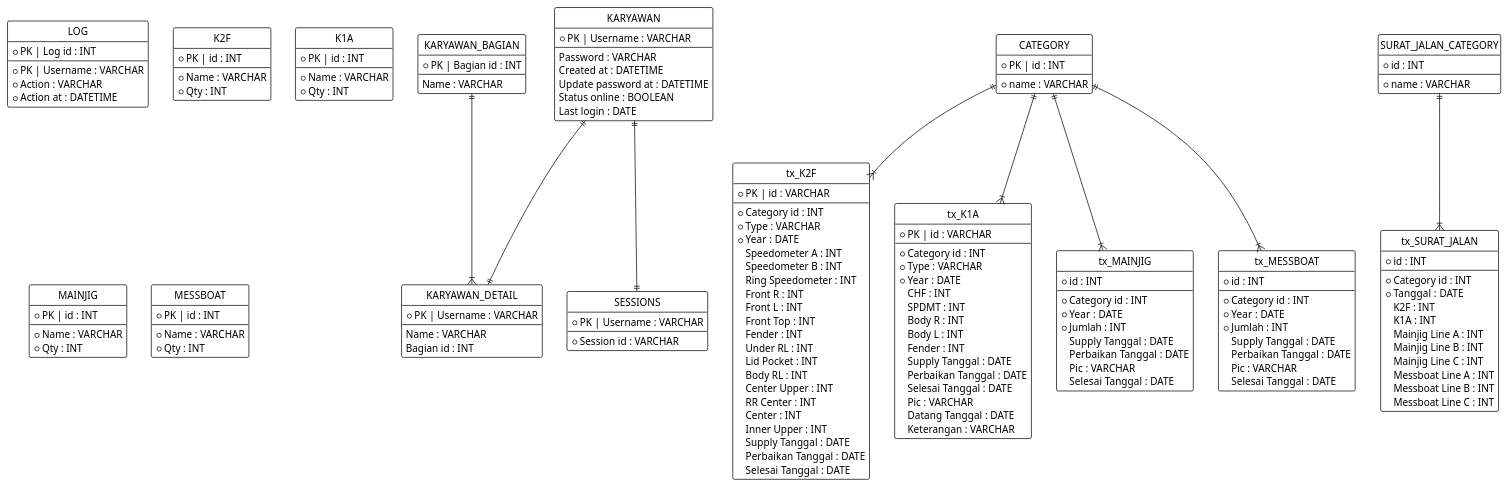
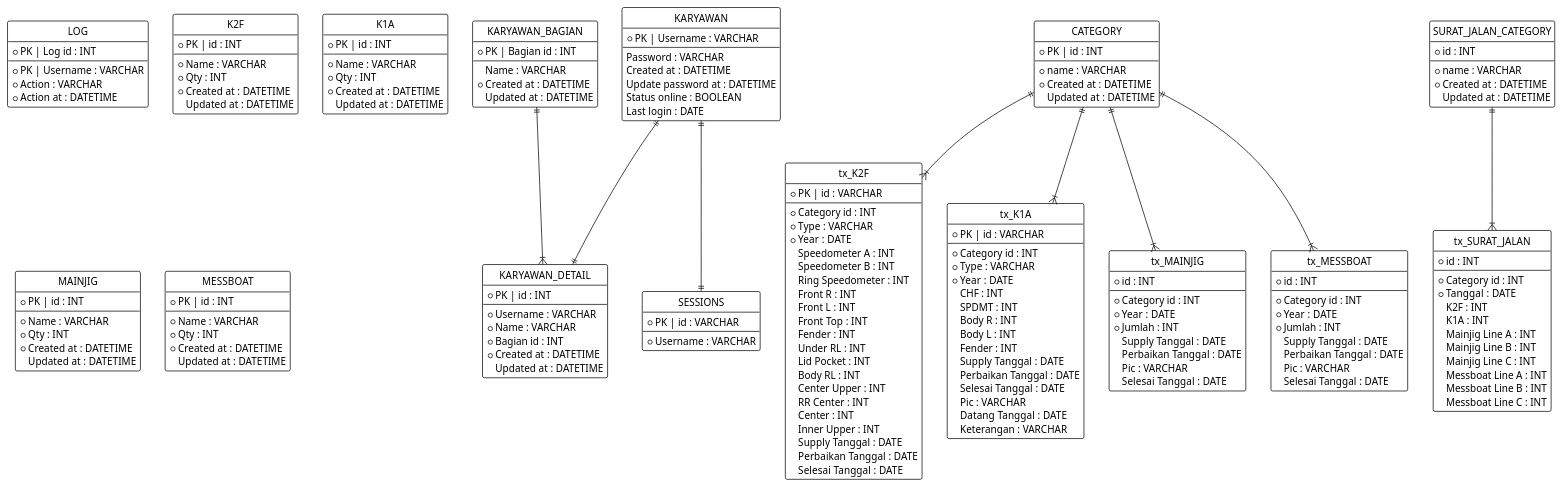
Before and after one commit to marlisumarli/hanger-scheduling: the diagram in Diagrams/ERD.puml, drawn with PlantUML. The commit also changed 1 other file, not shown here.

Commit message:
Update database and UML

```diff
--- a/Diagrams/ERD.puml
+++ b/Diagrams/ERD.puml
@@ -1,177 +1,194 @@
 @startuml
 
 hide circle
 !theme plain
 
 entity KARYAWAN{
 * PK | Username : VARCHAR
 --
 Password : VARCHAR
 Created at : DATETIME
 Update password at : DATETIME
 Status online : BOOLEAN
 Last login : DATE
 }
 
 entity KARYAWAN_DETAIL{
-* PK | Username : VARCHAR
+* PK | id : INT
 --
-Name : VARCHAR
-Bagian id : INT
+* Username : VARCHAR
+* Name : VARCHAR
+* Bagian id : INT
+* Created at : DATETIME
+Updated at : DATETIME
 }
 
 entity KARYAWAN_BAGIAN{
 * PK | Bagian id : INT
 --
 Name : VARCHAR
+* Created at : DATETIME
+Updated at : DATETIME
 }
 
 entity SESSIONS{
-* PK | Username : VARCHAR
+* PK | id : VARCHAR
 --
-* Session id : VARCHAR
+* Username : VARCHAR
 }
 
 entity LOG{
 * PK | Log id : INT
 --
 * PK | Username : VARCHAR
 * Action : VARCHAR
 * Action at : DATETIME
 }
 
 entity CATEGORY{
 * PK | id : INT
 --
 * name : VARCHAR
+* Created at : DATETIME
+Updated at : DATETIME
 }
 
 entity K2F{
 * PK | id : INT
 --
 * Name : VARCHAR
 * Qty : INT
+* Created at : DATETIME
+Updated at : DATETIME
 }
 
 entity K1A{
 * PK | id : INT
 --
 * Name : VARCHAR
 * Qty : INT
+* Created at : DATETIME
+Updated at : DATETIME
 }
 
 entity MAINJIG{
 * PK | id : INT
 --
 * Name : VARCHAR
 * Qty : INT
+* Created at : DATETIME
+Updated at : DATETIME
 }
 
 entity MESSBOAT{
 * PK | id : INT
 --
 * Name : VARCHAR
 * Qty : INT
+* Created at : DATETIME
+Updated at : DATETIME
 }
 
 entity tx_K2F{
 * PK | id : VARCHAR
 --
 * Category id : INT
 * Type : VARCHAR
 * Year : DATE
 Speedometer A : INT
 Speedometer B : INT
 Ring Speedometer : INT
 Front R : INT
 Front L : INT
 Front Top : INT
 Fender : INT
 Under RL : INT
 Lid Pocket : INT
 Body RL : INT
 Center Upper : INT
 RR Center : INT
 Center : INT
 Inner Upper : INT
 Supply Tanggal : DATE
 Perbaikan Tanggal : DATE
 Selesai Tanggal : DATE
 }
 
 entity tx_K1A{
 * PK | id : VARCHAR
 --
 * Category id : INT
 * Type : VARCHAR
 * Year : DATE
 CHF : INT
 SPDMT : INT
 Body R : INT
 Body L : INT
 Fender : INT
 Supply Tanggal : DATE
 Perbaikan Tanggal : DATE
 Selesai Tanggal : DATE
 Pic : VARCHAR
 Datang Tanggal : DATE
 Keterangan : VARCHAR
 }
 
 entity tx_MAINJIG{
 * id : INT
 --
 * Category id : INT
 * Year : DATE
 * Jumlah : INT
 Supply Tanggal : DATE
 Perbaikan Tanggal : DATE
 Pic : VARCHAR
 Selesai Tanggal : DATE
 }
 
 entity tx_MESSBOAT{
 * id : INT
 --
 * Category id : INT
 * Year : DATE
 * Jumlah : INT
 Supply Tanggal : DATE
 Perbaikan Tanggal : DATE
 Pic : VARCHAR
 Selesai Tanggal : DATE
 }
 
 
 
 entity SURAT_JALAN_CATEGORY{
 * id : INT
 --
 * name : VARCHAR
+* Created at : DATETIME
+Updated at : DATETIME
 }
 
 entity tx_SURAT_JALAN{
 * id : INT
 --
 * Category id : INT
 * Tanggal : DATE
 K2F : INT
 K1A : INT
 Mainjig Line A : INT
 Mainjig Line B : INT
 Mainjig Line C : INT
 Messboat Line A : INT
 Messboat Line B : INT
 Messboat Line C : INT
 }
 
 KARYAWAN_BAGIAN||--|{KARYAWAN_DETAIL
 KARYAWAN||--||KARYAWAN_DETAIL
 KARYAWAN||--||SESSIONS
 CATEGORY||--|{tx_K2F
 CATEGORY||--|{tx_K1A
 CATEGORY||--|{tx_MAINJIG
 CATEGORY||--|{tx_MESSBOAT
 SURAT_JALAN_CATEGORY||--|{tx_SURAT_JALAN
 
 @enduml
```
